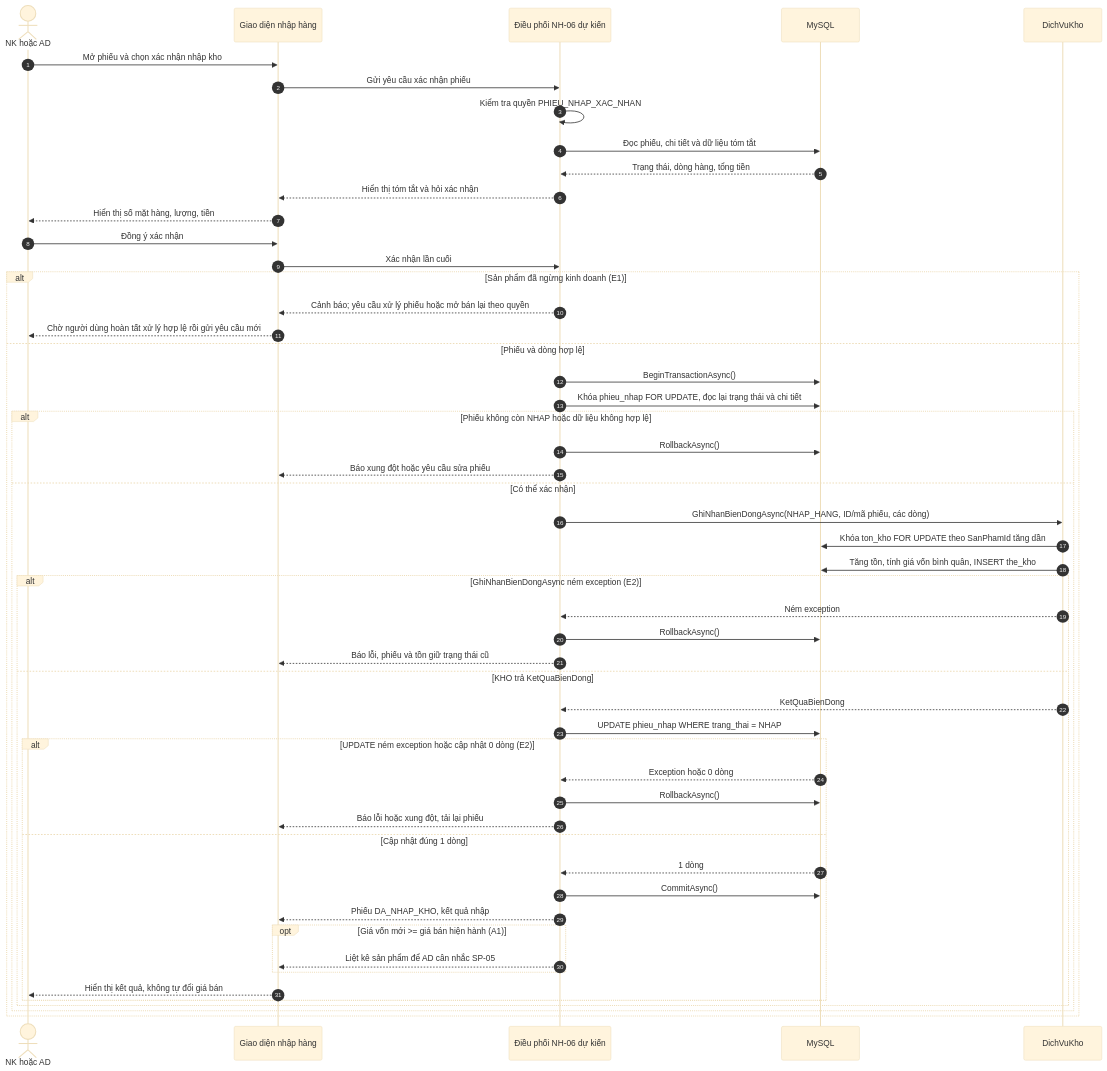
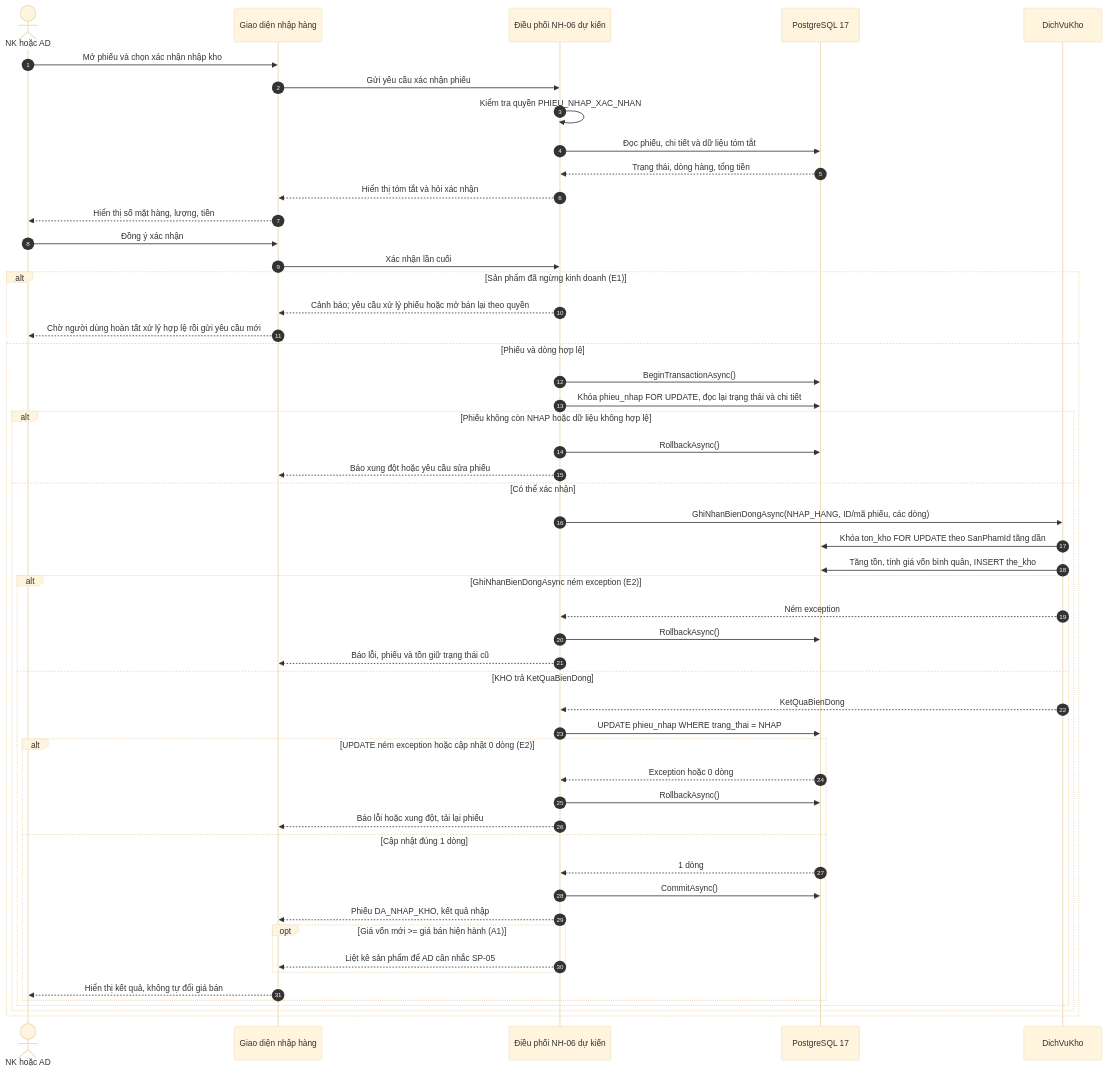
Before and after one commit to mongtrucbay02-sys/Convenience-Store-Management-System: the diagram in docs/diagrams/nh-06/sequence-nh-06.md, drawn with Mermaid (base theme). The commit also changed 56 other files, not shown here.

First line of the commit message:
docs: rà soát tài liệu Markdown theo code hiện tại (PostgreSQL 17)

````diff
--- a/docs/diagrams/nh-06/sequence-nh-06.md
+++ b/docs/diagrams/nh-06/sequence-nh-06.md
@@ -14,56 +14,56 @@
 ```mermaid
 sequenceDiagram
     autonumber
     actor NKAD as NK hoặc AD
     participant UI as Giao diện nhập hàng
     participant NH as Điều phối NH-06 dự kiến
-    participant DB as MySQL
+    participant DB as PostgreSQL 17
     participant KHO as DichVuKho
 
     NKAD->>UI: Mở phiếu và chọn xác nhận nhập kho
     UI->>NH: Gửi yêu cầu xác nhận phiếu
     NH->>NH: Kiểm tra quyền PHIEU_NHAP_XAC_NHAN
     NH->>DB: Đọc phiếu, chi tiết và dữ liệu tóm tắt
     DB-->>NH: Trạng thái, dòng hàng, tổng tiền
     NH-->>UI: Hiển thị tóm tắt và hỏi xác nhận
     UI-->>NKAD: Hiển thị số mặt hàng, lượng, tiền
     NKAD->>UI: Đồng ý xác nhận
     UI->>NH: Xác nhận lần cuối
 
     alt Sản phẩm đã ngừng kinh doanh (E1)
         NH-->>UI: Cảnh báo#59; yêu cầu xử lý phiếu hoặc mở bán lại theo quyền
         UI-->>NKAD: Chờ người dùng hoàn tất xử lý hợp lệ rồi gửi yêu cầu mới
     else Phiếu và dòng hợp lệ
         NH->>DB: BeginTransactionAsync()
         NH->>DB: Khóa phieu_nhap FOR UPDATE, đọc lại trạng thái và chi tiết
         alt Phiếu không còn NHAP hoặc dữ liệu không hợp lệ
             NH->>DB: RollbackAsync()
             NH-->>UI: Báo xung đột hoặc yêu cầu sửa phiếu
         else Có thể xác nhận
             NH->>KHO: GhiNhanBienDongAsync(NHAP_HANG, ID/mã phiếu, các dòng)
             KHO->>DB: Khóa ton_kho FOR UPDATE theo SanPhamId tăng dần
             KHO->>DB: Tăng tồn, tính giá vốn bình quân, INSERT the_kho
             alt GhiNhanBienDongAsync ném exception (E2)
                 KHO-->>NH: Ném exception
                 NH->>DB: RollbackAsync()
                 NH-->>UI: Báo lỗi, phiếu và tồn giữ trạng thái cũ
             else KHO trả KetQuaBienDong
                 KHO-->>NH: KetQuaBienDong
                 NH->>DB: UPDATE phieu_nhap WHERE trang_thai = NHAP
                 alt UPDATE ném exception hoặc cập nhật 0 dòng (E2)
                     DB-->>NH: Exception hoặc 0 dòng
                     NH->>DB: RollbackAsync()
                     NH-->>UI: Báo lỗi hoặc xung đột, tải lại phiếu
                 else Cập nhật đúng 1 dòng
                     DB-->>NH: 1 dòng
                     NH->>DB: CommitAsync()
                     NH-->>UI: Phiếu DA_NHAP_KHO, kết quả nhập
                     opt Giá vốn mới >= giá bán hiện hành (A1)
                         NH-->>UI: Liệt kê sản phẩm để AD cân nhắc SP-05
                     end
                     UI-->>NKAD: Hiển thị kết quả, không tự đổi giá bán
                 end
             end
         end
     end
 ```
````
